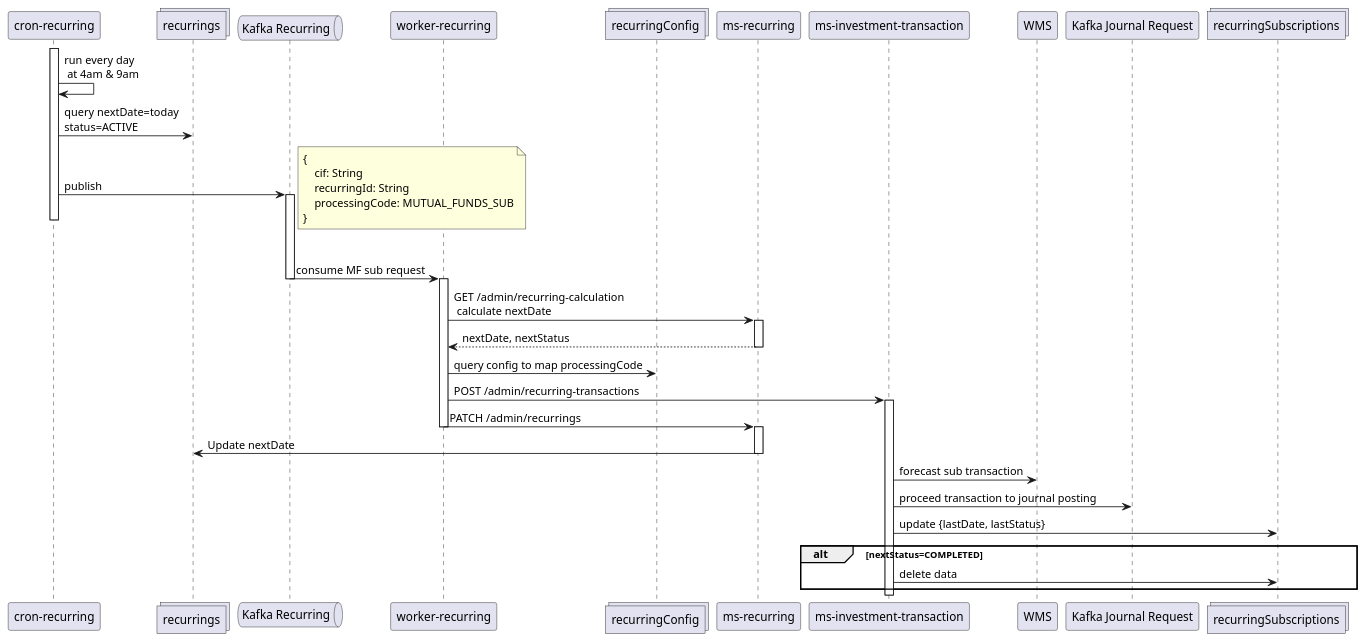
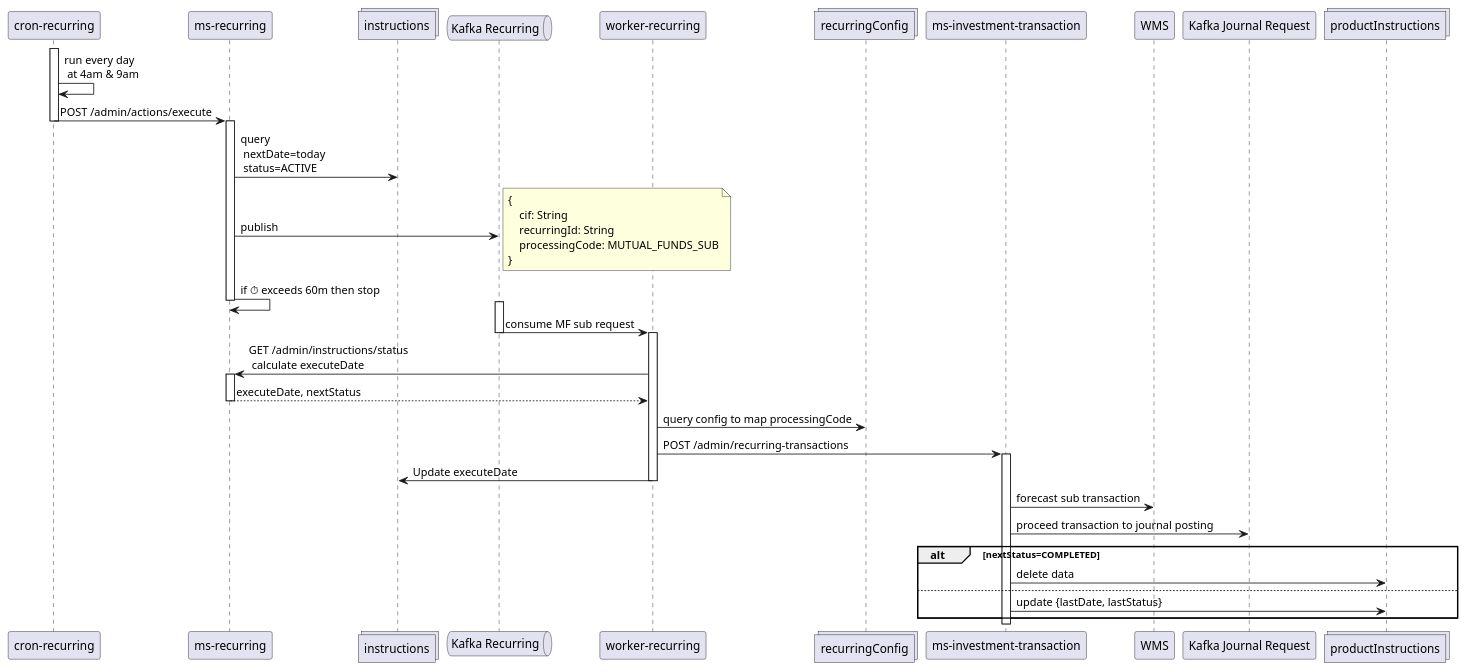
One commit to iksena/jenius-uml changed the diagram in cronRecurring.puml. Above: the diagram before and after it, drawn with PlantUML. The commit also changed 4 other files, not shown here.

```diff
--- a/cronRecurring.puml
+++ b/cronRecurring.puml
@@ -1,50 +1,52 @@
 @startuml mutual funds cron recurring
 
 participant "cron-recurring" as cron
-collections "recurrings" as recs
+participant "ms-recurring" as mr
+collections "instructions" as instructions
 queue "Kafka Recurring" as kafkaRec
 participant "worker-recurring" as wiRec
 collections "recurringConfig" as configs
-participant "ms-recurring" as mr
 participant "ms-investment-transaction" as mit
 participant "WMS" as wms
 participant "Kafka Journal Request" as kafkaJournal
-collections "recurringSubscriptions" as recSubs
+collections "productInstructions" as recSubs
 
 activate cron
 cron -> cron: run every day\n at 4am & 9am
-cron -> recs: query nextDate=today\nstatus=ACTIVE
-cron -> kafkaRec: publish
+cron -> mr: POST /admin/actions/execute
+deactivate cron
+activate mr
+mr -> instructions: query\n nextDate=today\n status=ACTIVE
+mr -> kafkaRec: publish
 note right
 { 
     cif: String
     recurringId: String
     processingCode: MUTUAL_FUNDS_SUB
 }
 end note
+mr -> mr: if ⏱ exceeds 60m then stop
+deactivate mr
 activate kafkaRec
-deactivate cron
 kafkaRec -> wiRec: consume MF sub request
 deactivate kafkaRec
 activate wiRec
-wiRec -> mr: GET /admin/recurring-calculation\n calculate nextDate
+wiRec -> mr: GET /admin/instructions/status\n calculate executeDate
 activate mr
-mr --> wiRec: nextDate, nextStatus
+mr --> wiRec: executeDate, nextStatus
 deactivate mr
 wiRec -> configs: query config to map processingCode
 wiRec -> mit: POST /admin/recurring-transactions
 activate mit
-wiRec -> mr: PATCH /admin/recurrings
+wiRec -> instructions: Update executeDate
 deactivate wiRec
-activate mr
-mr -> recs: Update nextDate
-deactivate mr
 mit -> wms: forecast sub transaction
 mit -> kafkaJournal: proceed transaction to journal posting
-mit -> recSubs: update {lastDate, lastStatus}
 alt nextStatus=COMPLETED
 mit -> recSubs: delete data
+else
+mit -> recSubs: update {lastDate, lastStatus}
 end
 deactivate mit
 
 @enduml
```
